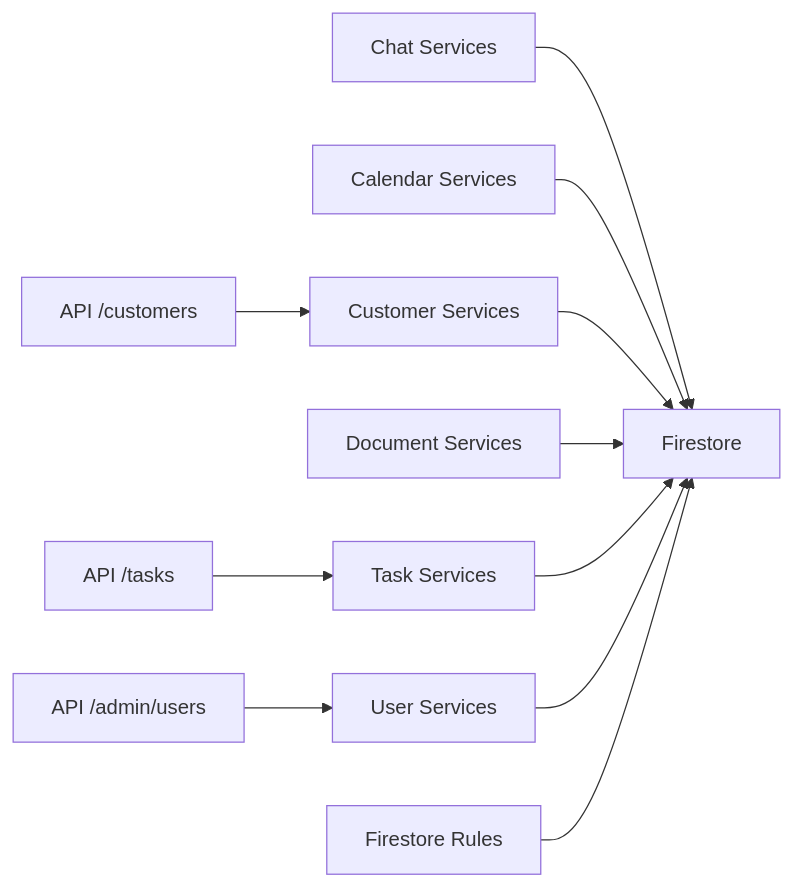
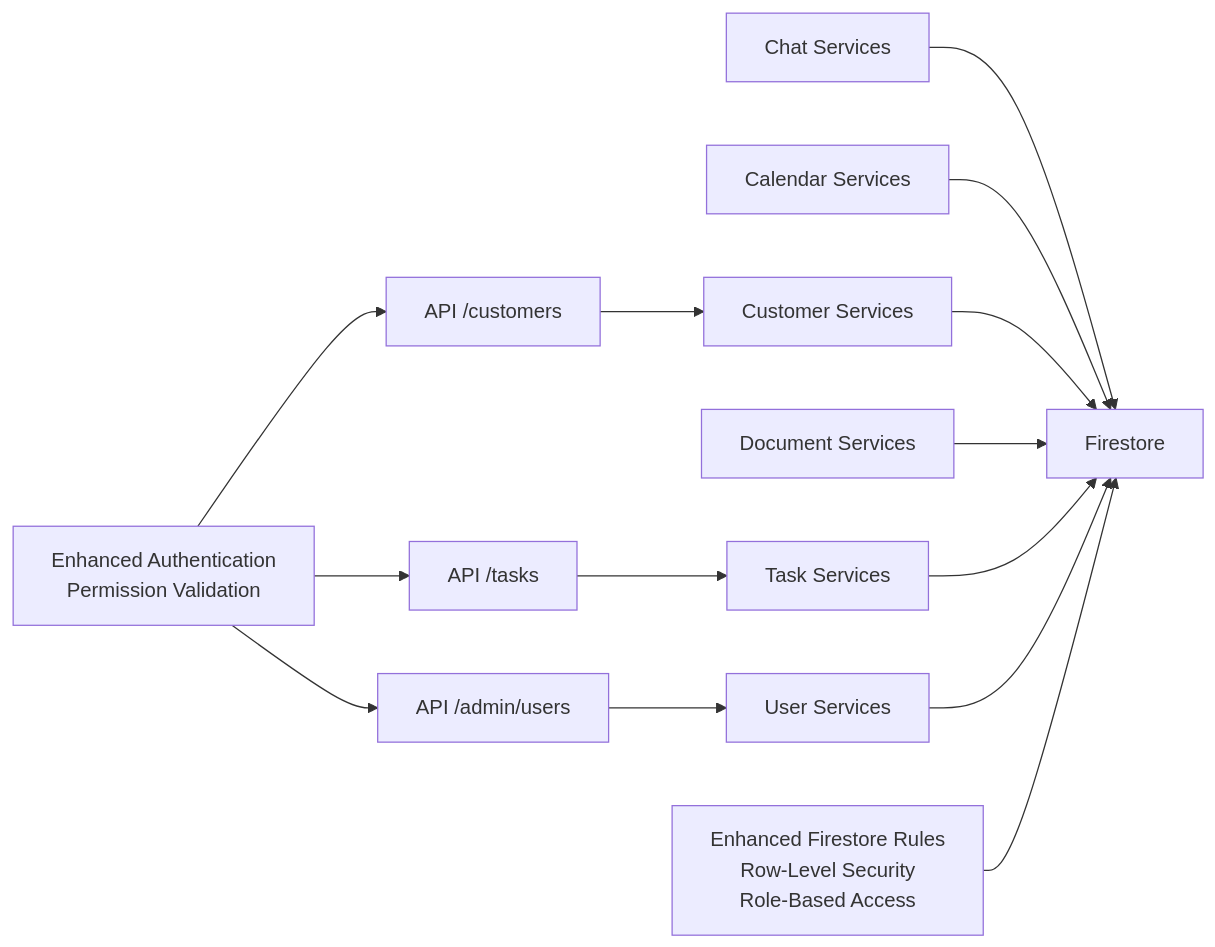
One commit to ngothanhtung/claude-code-shadcn-dashboard changed the tenth of 10 diagrams in .qoder/repowiki/en/content/Database Schema.md. Above: the diagram before and after it, drawn with Mermaid. The commit also changed other lines of this file and 165 other files, not shown here.

First line of the commit message:
feat(security): enhance Firestore rules with comprehensive row-level security

````diff
--- a/.qoder/repowiki/en/content/Database Schema.md
+++ b/.qoder/repowiki/en/content/Database Schema.md
@@ -331,13 +452,16 @@
 ```mermaid
 graph LR
 API_Admin_Users["API /admin/users"] --> Service_Users["User Services"]
 API_Customers["API /customers"] --> Service_Customers["Customer Services"]
 API_Tasks["API /tasks"] --> Service_Tasks["Task Services"]
 Service_Chat["Chat Services"] --> Firestore["Firestore"]
 Service_Calendar["Calendar Services"] --> Firestore
 Service_Customers --> Firestore
 Service_Documents["Document Services"] --> Firestore
 Service_Tasks --> Firestore
 Service_Users --> Firestore
-Firestore_Rules["Firestore Rules"] --> Firestore
+Enhanced_Rules["Enhanced Firestore Rules<br/>Row-Level Security<br/>Role-Based Access"] --> Firestore
+Auth_Layer["Enhanced Authentication<br/>Permission Validation"] --> API_Admin_Users
+Auth_Layer --> API_Customers
+Auth_Layer --> API_Tasks
 ```
````
